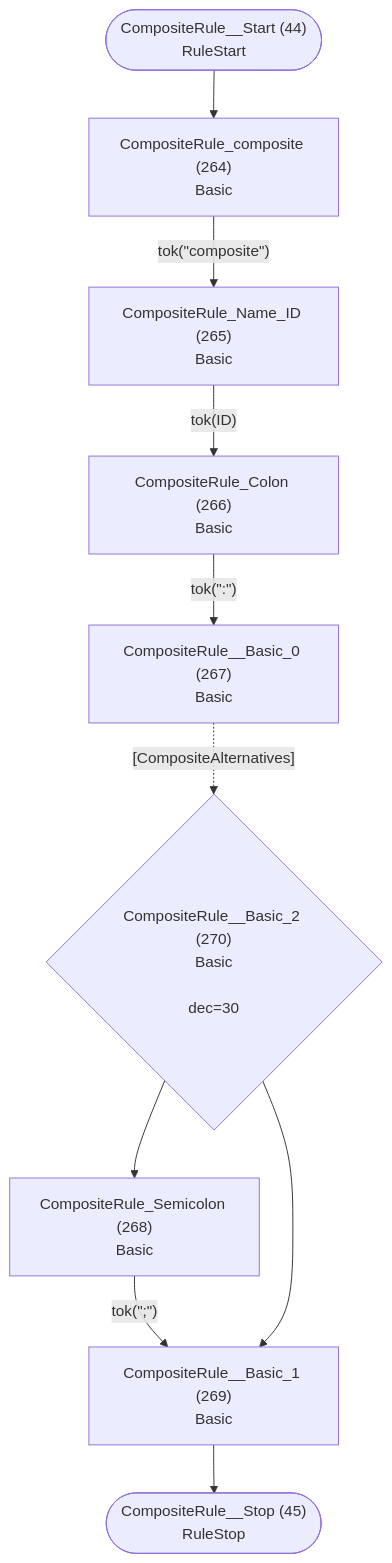
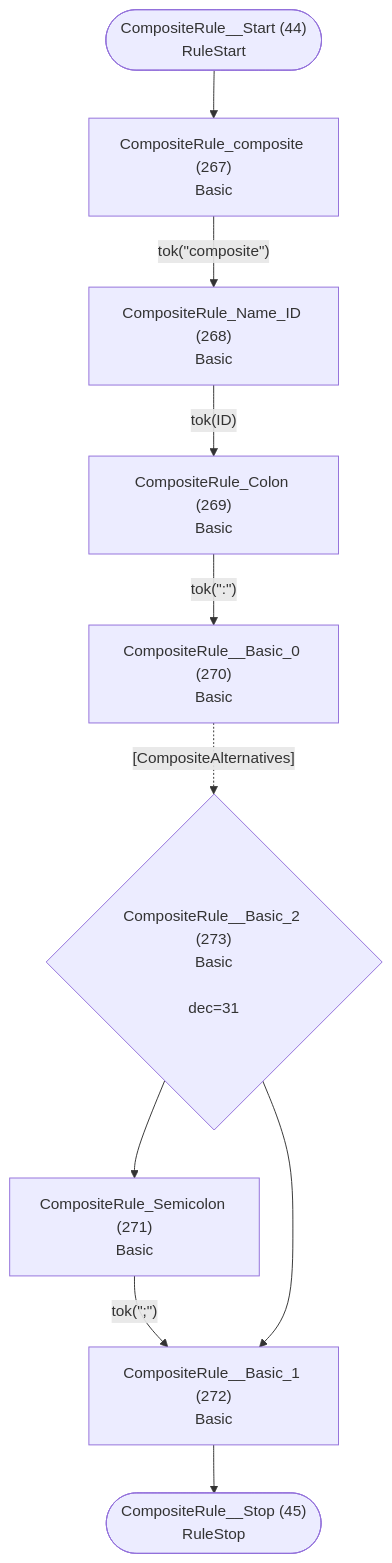
Diagram 23 of 26 in internal/grammar/atn.md (TypeFox/fastbelt), drawn with Mermaid before and after one commit. The commit also changed other lines of this file and 16 other files, not shown here.

````diff
--- a/internal/grammar/atn.md
+++ b/internal/grammar/atn.md
@@ -694,22 +701,22 @@
 ```mermaid
 flowchart TD
     q44(["CompositeRule__Start (44)<br/>RuleStart"])
     q45(["CompositeRule__Stop (45)<br/>RuleStop"])
-    q264["CompositeRule_composite (264)<br/>Basic<br/>"]
-    q265["CompositeRule_Name_ID (265)<br/>Basic<br/>"]
-    q266["CompositeRule_Colon (266)<br/>Basic<br/>"]
-    q267["CompositeRule__Basic_0 (267)<br/>Basic<br/>"]
-    q268["CompositeRule_Semicolon (268)<br/>Basic<br/>"]
-    q269["CompositeRule__Basic_1 (269)<br/>Basic<br/>"]
-    q270{"CompositeRule__Basic_2 (270)<br/>Basic<br/><br/>dec=30"}
+    q267["CompositeRule_composite (267)<br/>Basic<br/>"]
+    q268["CompositeRule_Name_ID (268)<br/>Basic<br/>"]
+    q269["CompositeRule_Colon (269)<br/>Basic<br/>"]
+    q270["CompositeRule__Basic_0 (270)<br/>Basic<br/>"]
+    q271["CompositeRule_Semicolon (271)<br/>Basic<br/>"]
+    q272["CompositeRule__Basic_1 (272)<br/>Basic<br/>"]
+    q273{"CompositeRule__Basic_2 (273)<br/>Basic<br/><br/>dec=31"}
 
-    q44 --> q264
-    q264 -->|"tok(&quot;composite&quot;)"| q265
-    q265 -->|"tok(ID)"| q266
-    q266 -->|"tok(&quot;:&quot;)"| q267
-    q267 -.->|"[CompositeAlternatives]"| q270
-    q268 -->|"tok(&quot;;&quot;)"| q269
-    q269 --> q45
-    q270 --> q268
-    q270 --> q269
+    q44 --> q267
+    q267 -->|"tok(&quot;composite&quot;)"| q268
+    q268 -->|"tok(ID)"| q269
+    q269 -->|"tok(&quot;:&quot;)"| q270
+    q270 -.->|"[CompositeAlternatives]"| q273
+    q271 -->|"tok(&quot;;&quot;)"| q272
+    q272 --> q45
+    q273 --> q271
+    q273 --> q272
 ```
````
